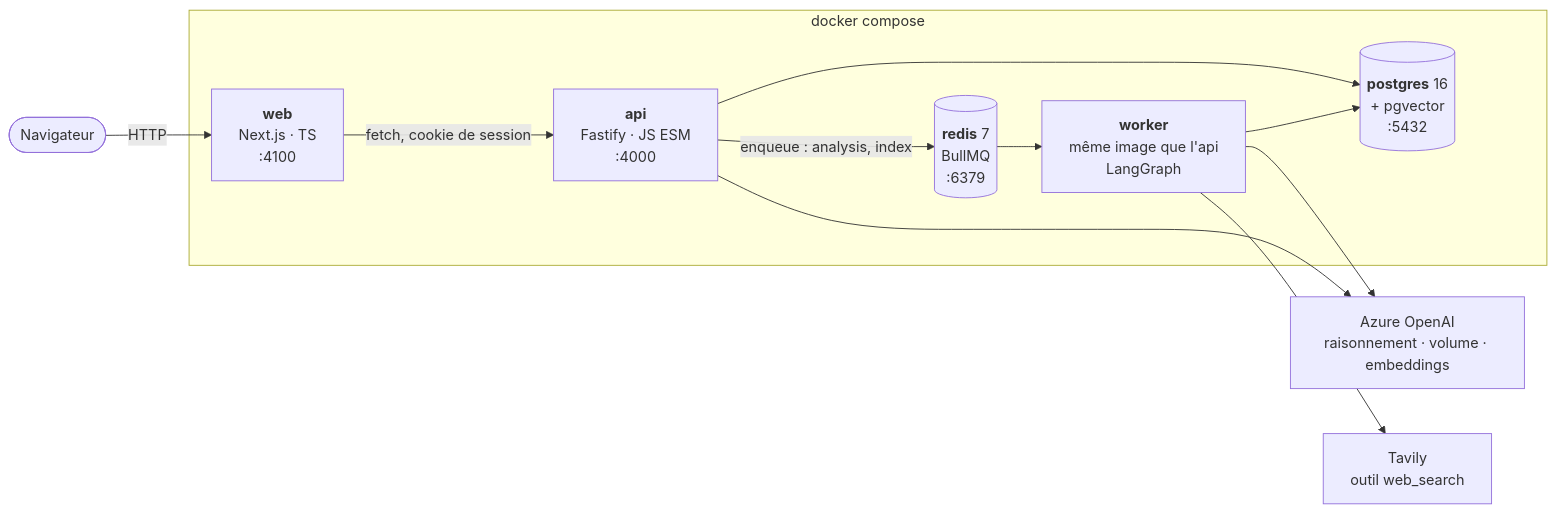
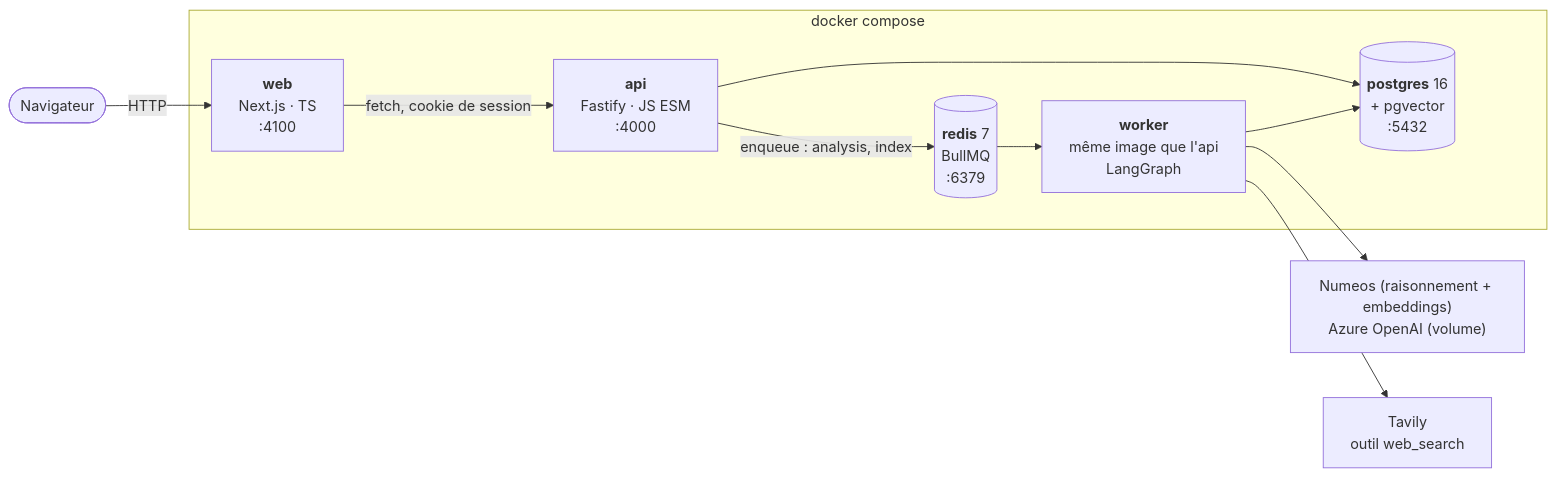
Before and after one commit to abdel-oue/TenderPilot: the second of 9 diagrams in docs/diagrams.md, drawn with Mermaid. The commit also changed other lines of this file and 10 other files, not shown here.

````diff
--- a/docs/diagrams.md
+++ b/docs/diagrams.md
@@ -64,25 +64,24 @@
 ```mermaid
 flowchart LR
   user([Navigateur])
 
   subgraph compose["docker compose"]
     web["<b>web</b><br/>Next.js · TS<br/>:4100"]
     api["<b>api</b><br/>Fastify · JS ESM<br/>:4000"]
     worker["<b>worker</b><br/>même image que l'api<br/>LangGraph"]
     pg[("<b>postgres</b> 16<br/>+ pgvector<br/>:5432")]
     redis[("<b>redis</b> 7<br/>BullMQ<br/>:6379")]
   end
 
-  azure["Azure OpenAI<br/>raisonnement · volume · embeddings"]
+  azure["Numeos (raisonnement + embeddings)<br/>Azure OpenAI (volume)"]
   tavily["Tavily<br/>outil web_search"]
 
   user -->|HTTP| web
   web -->|"fetch, cookie de session"| api
   api --> pg
   api -->|"enqueue : analysis, index"| redis
   redis --> worker
   worker --> pg
   worker --> azure
   worker --> tavily
-  api --> azure
 ```
````
